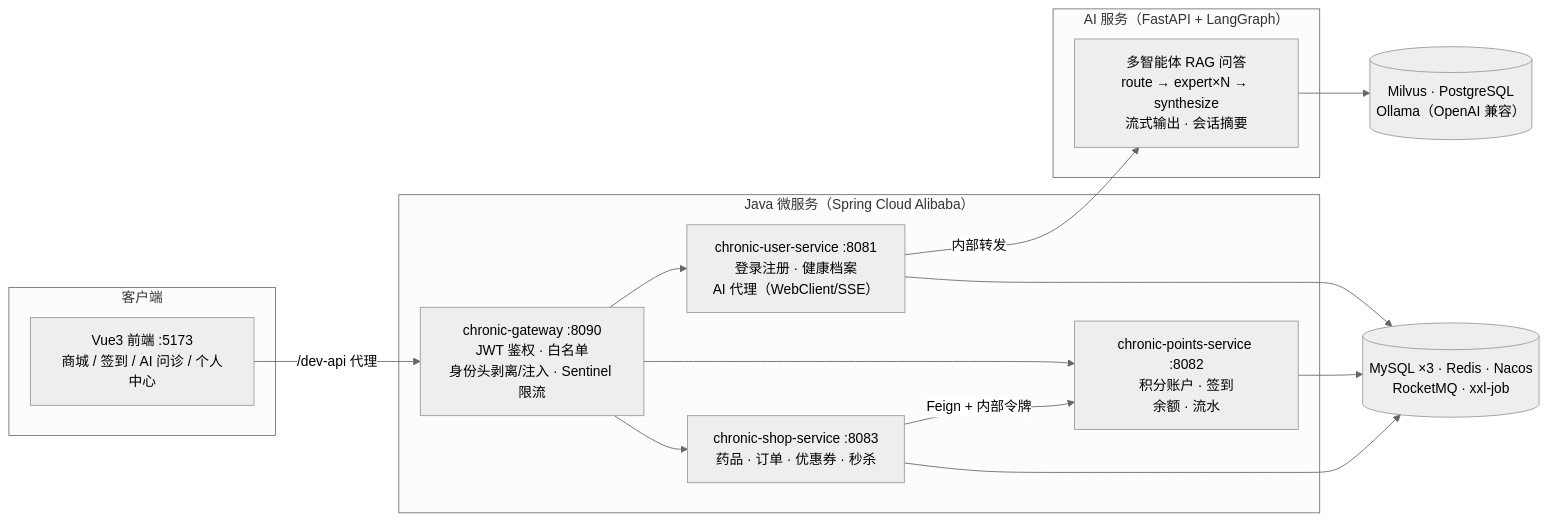
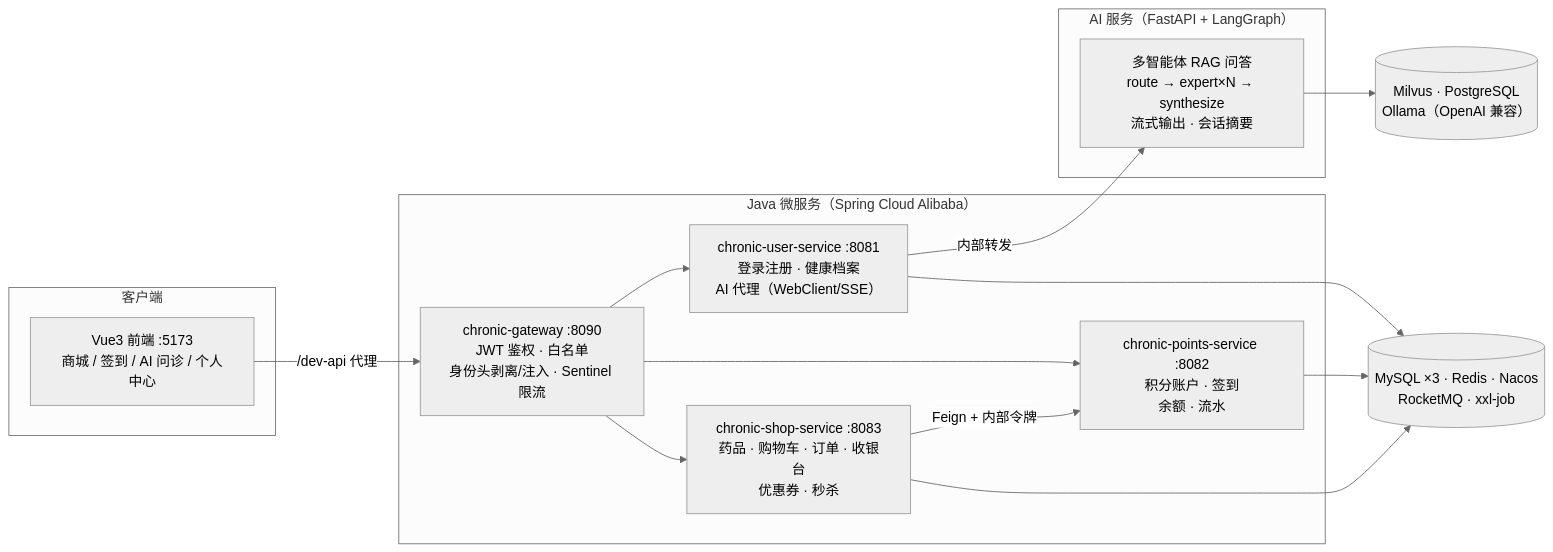
The diagram in README.md (CodeVoyager-tudou/hsk-Profile), drawn with Mermaid (neutral theme) before and after one commit. The commit also changed other lines of this file and 43 other files, not shown here.

````diff
--- a/README.md
+++ b/README.md
@@ -26,31 +27,31 @@
 ```mermaid
 flowchart LR
     subgraph Client["客户端"]
         VUE["Vue3 前端 :5173<br/>商城 / 签到 / AI 问诊 / 个人中心"]
     end
 
     subgraph Java["Java 微服务（Spring Cloud Alibaba）"]
         GW["chronic-gateway :8090<br/>JWT 鉴权 · 白名单<br/>身份头剥离/注入 · Sentinel 限流"]
         US["chronic-user-service :8081<br/>登录注册 · 健康档案<br/>AI 代理（WebClient/SSE）"]
         PS["chronic-points-service :8082<br/>积分账户 · 签到<br/>余额 · 流水"]
-        SS["chronic-shop-service :8083<br/>药品 · 订单 · 优惠券 · 秒杀"]
+        SS["chronic-shop-service :8083<br/>药品 · 购物车 · 订单 · 收银台<br/>优惠券 · 秒杀"]
     end
 
     subgraph AISvc["AI 服务（FastAPI + LangGraph）"]
         AG["多智能体 RAG 问答<br/>route → expert×N → synthesize<br/>流式输出 · 会话摘要"]
     end
 
     MW[("MySQL ×3 · Redis · Nacos<br/>RocketMQ · xxl-job")]
     ASTORE[("Milvus · PostgreSQL<br/>Ollama（OpenAI 兼容）")]
 
     VUE -->|"/dev-api 代理"| GW
     GW --> US
     GW --> PS
     GW --> SS
     US -->|"内部转发"| AG
     SS -->|"Feign + 内部令牌"| PS
     US --> MW
     PS --> MW
     SS --> MW
     AG --> ASTORE
 ```
````
